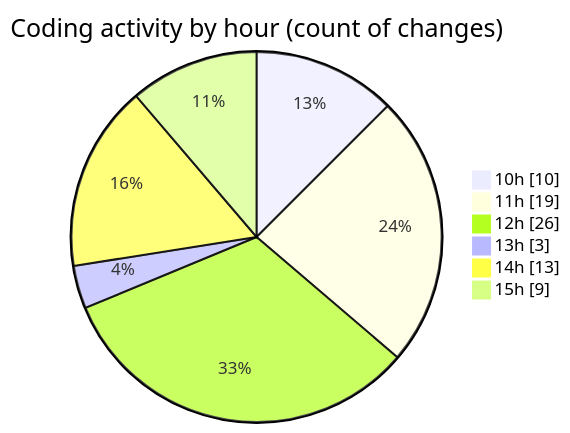
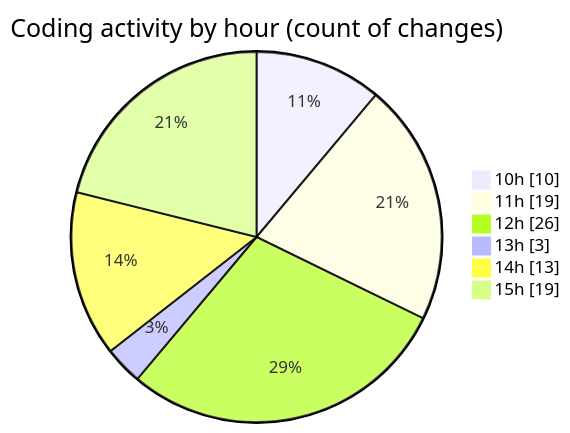
The second of 2 diagrams in 2025-07-21/nxtqube_webapp/README.md (nxtqubesakshisongat/code-tracking), drawn with Mermaid before and after one commit. The commit also changed other lines of this file and 1 other file, not shown here.

````diff
--- a/2025-07-21/nxtqube_webapp/README.md
+++ b/2025-07-21/nxtqube_webapp/README.md
@@ -37,10 +37,10 @@
 ```mermaid
 pie showData
 title Coding activity by hour (count of changes)
 "10h" : 10
 "11h" : 19
 "12h" : 26
 "13h" : 3
 "14h" : 13
-"15h" : 9
+"15h" : 19
 ```
````
